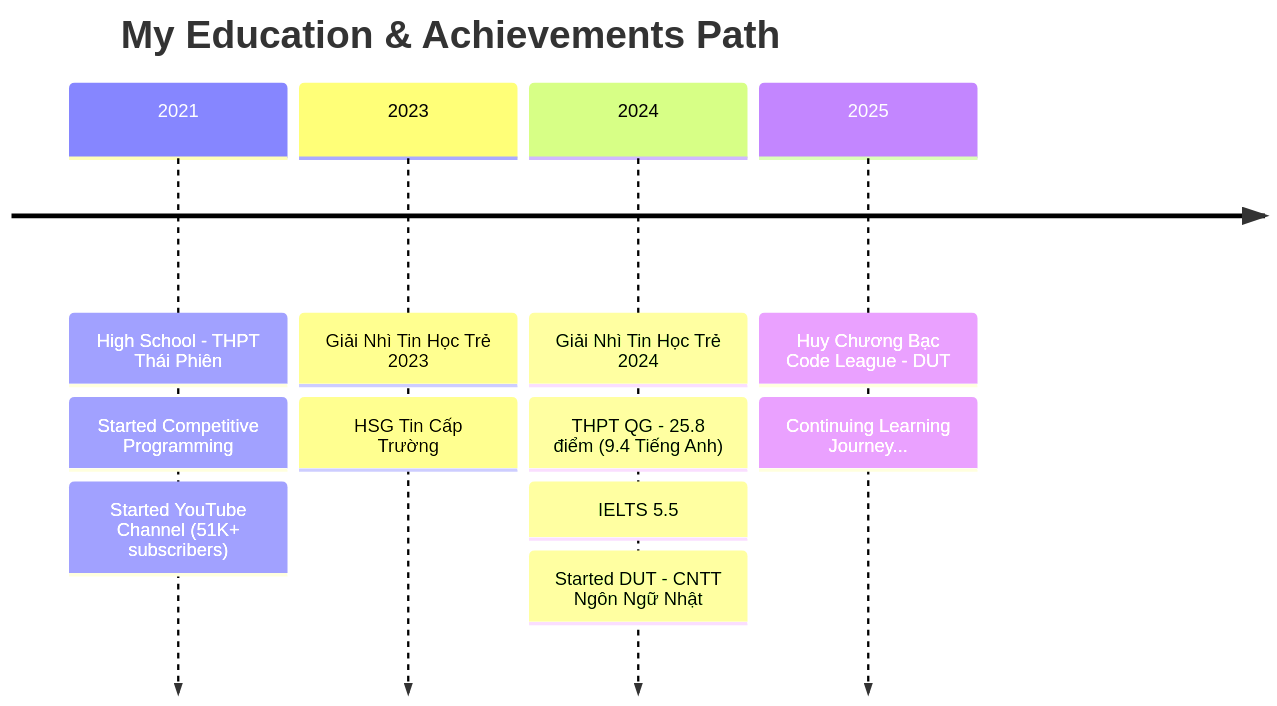
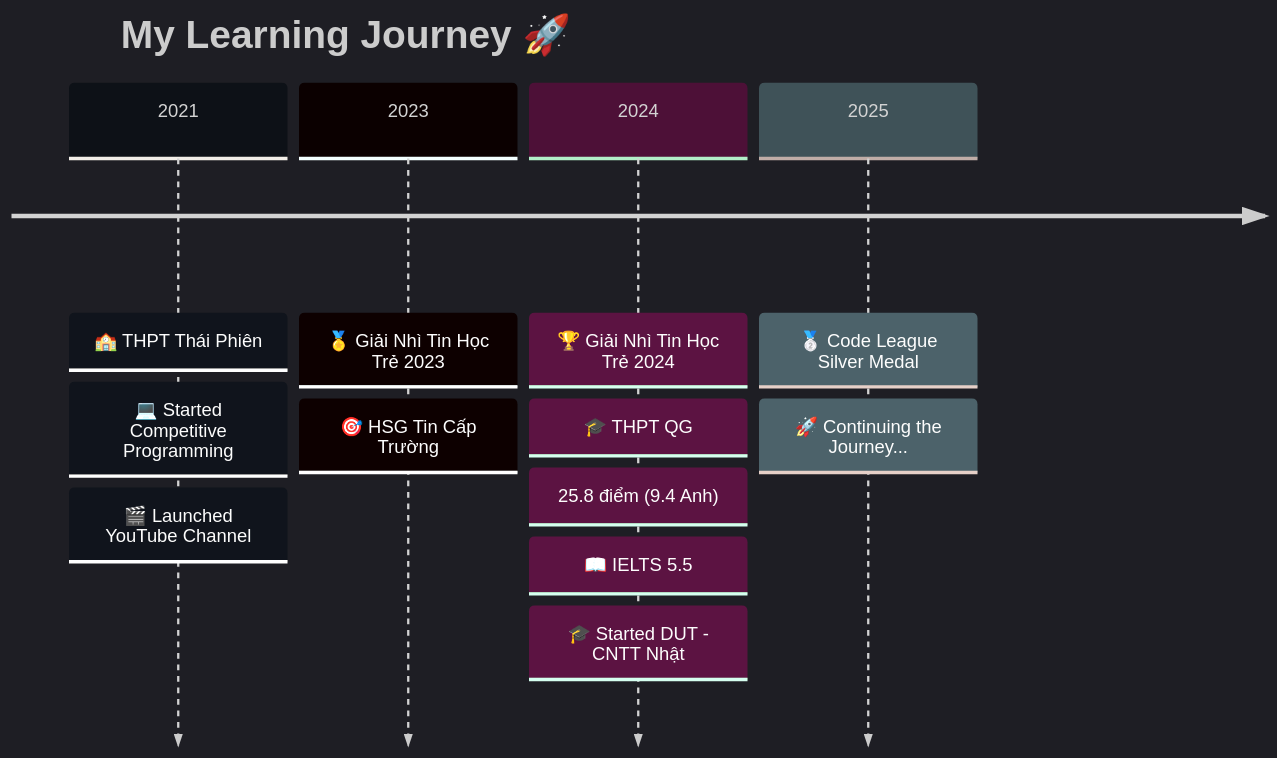
One commit to QuangNew/QuangNew changed the diagram in README.md. Above: the diagram before and after it, drawn with Mermaid. The commit also changed other lines of this file, not shown here.

````diff
--- a/README.md
+++ b/README.md
@@ -131,15 +219,20 @@
 ```mermaid
+%%{init: {'theme':'dark', 'themeVariables': { 'primaryColor':'#0D1117', 'primaryTextColor':'#00D9FF', 'primaryBorderColor':'#00D9FF', 'lineColor':'#F59E0B', 'secondaryColor':'#1E3A8A', 'tertiaryColor':'#0D1117'}}}%%
 timeline
-    title My Education & Achievements Path
-    2021 : High School - THPT Thái Phiên
-         : Started Competitive Programming
-         : Started YouTube Channel (51K+ subscribers)
-    2023 : Giải Nhì Tin Học Trẻ 2023
-         : HSG Tin Cấp Trường
-    2024 : Giải Nhì Tin Học Trẻ 2024
-         : THPT QG - 25.8 điểm (9.4 Tiếng Anh)
-         : IELTS 5.5
-         : Started DUT - CNTT Ngôn Ngữ Nhật
-    2025 : Huy Chương Bạc Code League - DUT
-         : Continuing Learning Journey...
+    title My Learning Journey 🚀
+    
+    2021 : 🏫 THPT Thái Phiên
+         : 💻 Started Competitive Programming
+         : 🎬 Launched YouTube Channel
+    
+    2023 : 🏅 Giải Nhì Tin Học Trẻ 2023
+         : 🎯 HSG Tin Cấp Trường
+    
+    2024 : 🏆 Giải Nhì Tin Học Trẻ 2024
+         : 🎓 THPT QG: 25.8 điểm (9.4 Anh)
+         : 📖 IELTS 5.5
+         : 🎓 Started DUT - CNTT Nhật
+    
+    2025 : 🥈 Code League Silver Medal
+         : 🚀 Continuing the Journey...
 ```
````
